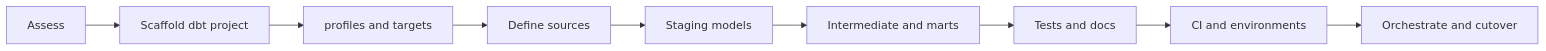
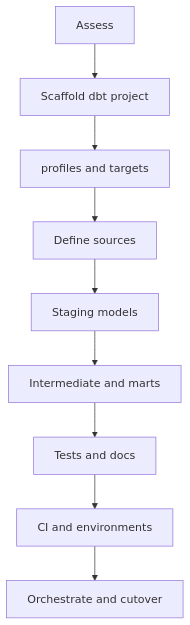
One commit to thongnbui/python_project changed the diagram in dbt/README_Migration_to_dbt.md. Above: the diagram before and after it, drawn with Mermaid.

Commit message:
U8 Migration to dbt plan

````diff
--- a/dbt/README_Migration_to_dbt.md
+++ b/dbt/README_Migration_to_dbt.md
@@ -59,14 +59,21 @@
 ```mermaid
-flowchart LR
+flowchart TB
   P0[Assess]
   P1[Scaffold dbt project]
   P2[profiles and targets]
   P3[Define sources]
   P4[Staging models]
   P5[Intermediate and marts]
   P6[Tests and docs]
   P7[CI and environments]
   P8[Orchestrate and cutover]
 
-  P0 --> P1 --> P2 --> P3 --> P4 --> P5 --> P6 --> P7 --> P8
+  P0 --> P1
+  P1 --> P2
+  P2 --> P3
+  P3 --> P4
+  P4 --> P5
+  P5 --> P6
+  P6 --> P7
+  P7 --> P8
 ```
````
